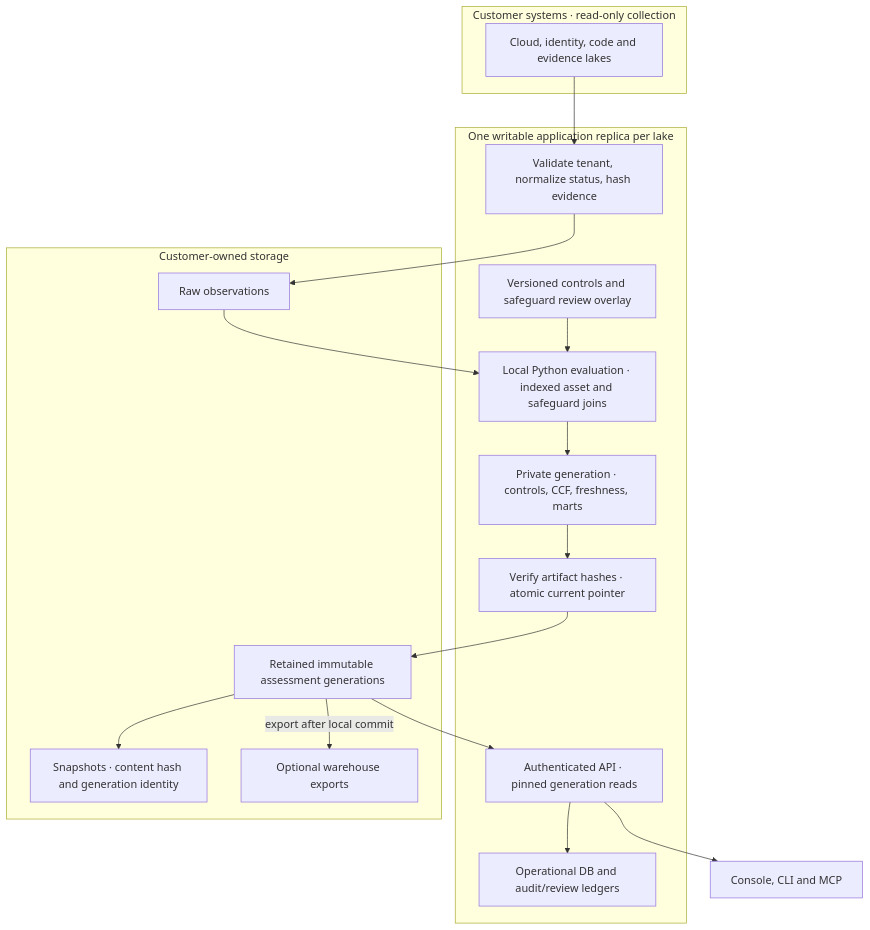
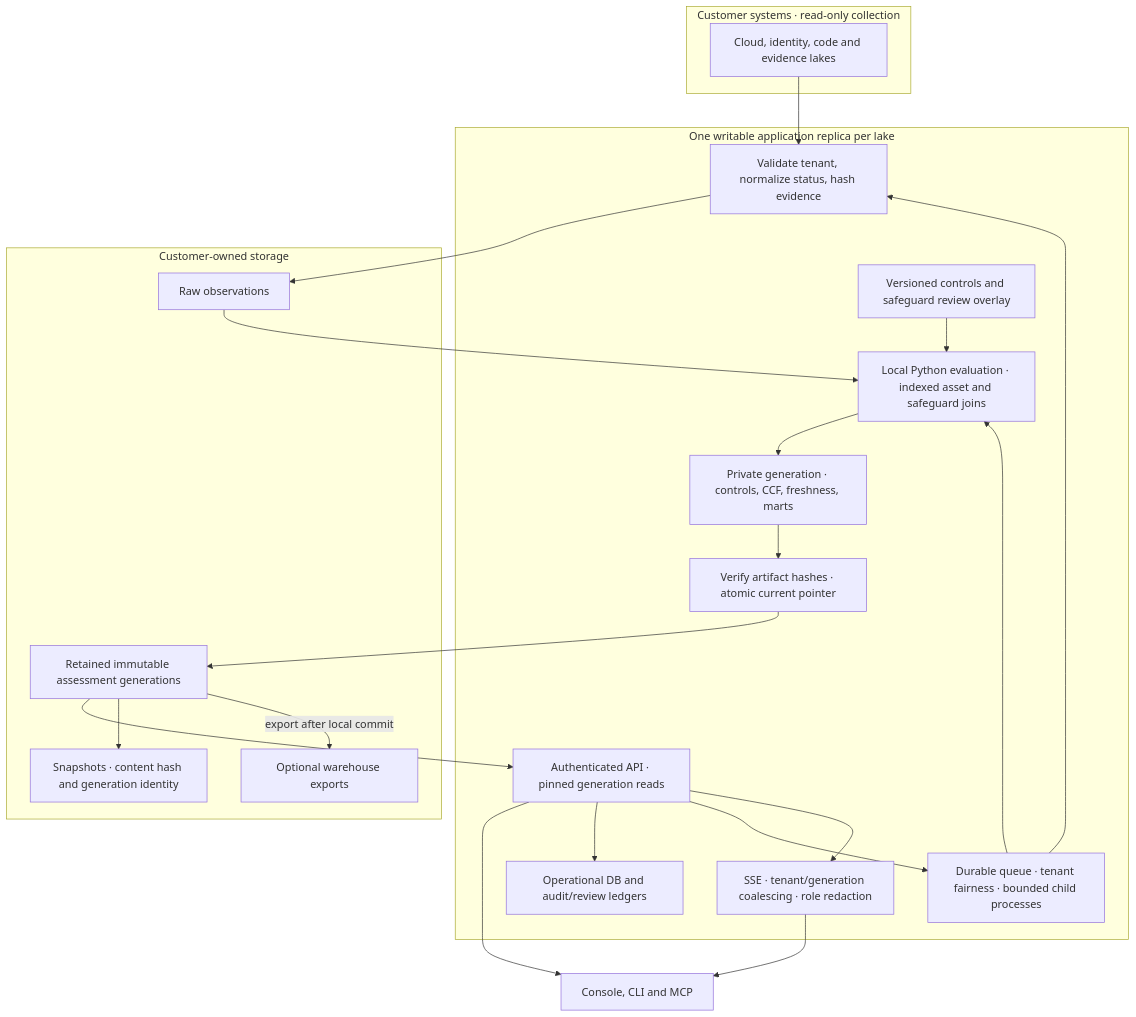
Before and after one commit to msaad00/grc-lake: the diagram in docs/ARCHITECTURE.md, drawn with Mermaid. The commit also changed other lines of this file and 78 other files, not shown here.

````diff
--- a/docs/ARCHITECTURE.md
+++ b/docs/ARCHITECTURE.md
@@ -9,29 +9,34 @@
 ```mermaid
 flowchart TB
   subgraph External["Customer systems · read-only collection"]
     Sources["Cloud, identity, code and evidence lakes"]
   end
   subgraph Writer["One writable application replica per lake"]
     Ingest["Validate tenant, normalize status, hash evidence"]
     Rules["Versioned controls and safeguard review overlay"]
     Eval["Local Python evaluation · indexed asset and safeguard joins"]
     Stage["Private generation · controls, CCF, freshness, marts"]
     Seal["Verify artifact hashes · atomic current pointer"]
     API["Authenticated API · pinned generation reads"]
     Ops["Operational DB and audit/review ledgers"]
+    Jobs["Durable queue · tenant fairness · bounded child processes"]
+    Stream["SSE · tenant/generation coalescing · role redaction"]
   end
   subgraph Storage["Customer-owned storage"]
     Raw["Raw observations"]
     Generations["Retained immutable assessment generations"]
     Snapshots["Snapshots · content hash and generation identity"]
     Sinks["Optional warehouse exports"]
   end
   Clients["Console, CLI and MCP"]
   Sources --> Ingest --> Raw
   Raw --> Eval
   Rules --> Eval --> Stage --> Seal --> Generations
   Generations --> API --> Clients
   API --> Ops
+  API --> Jobs --> Ingest
+  Jobs --> Eval
+  API --> Stream --> Clients
   Generations --> Snapshots
   Generations -->|export after local commit| Sinks
 ```
````
